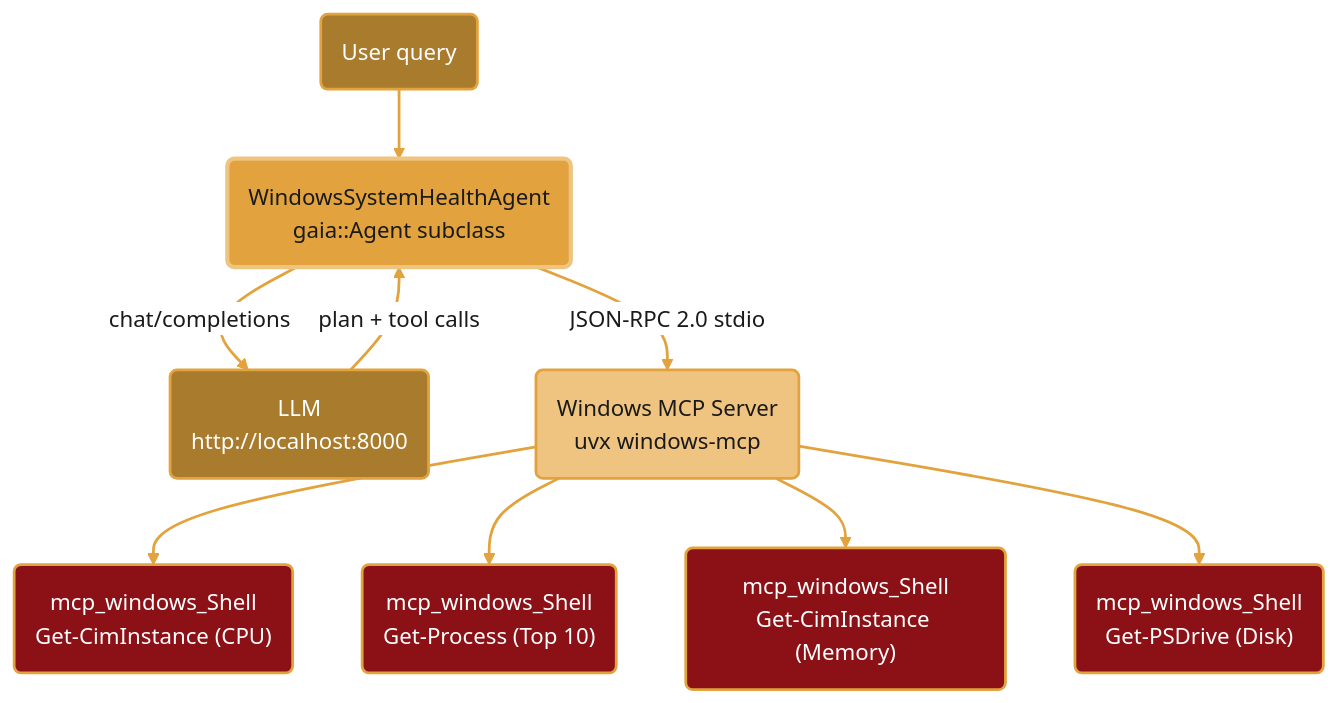
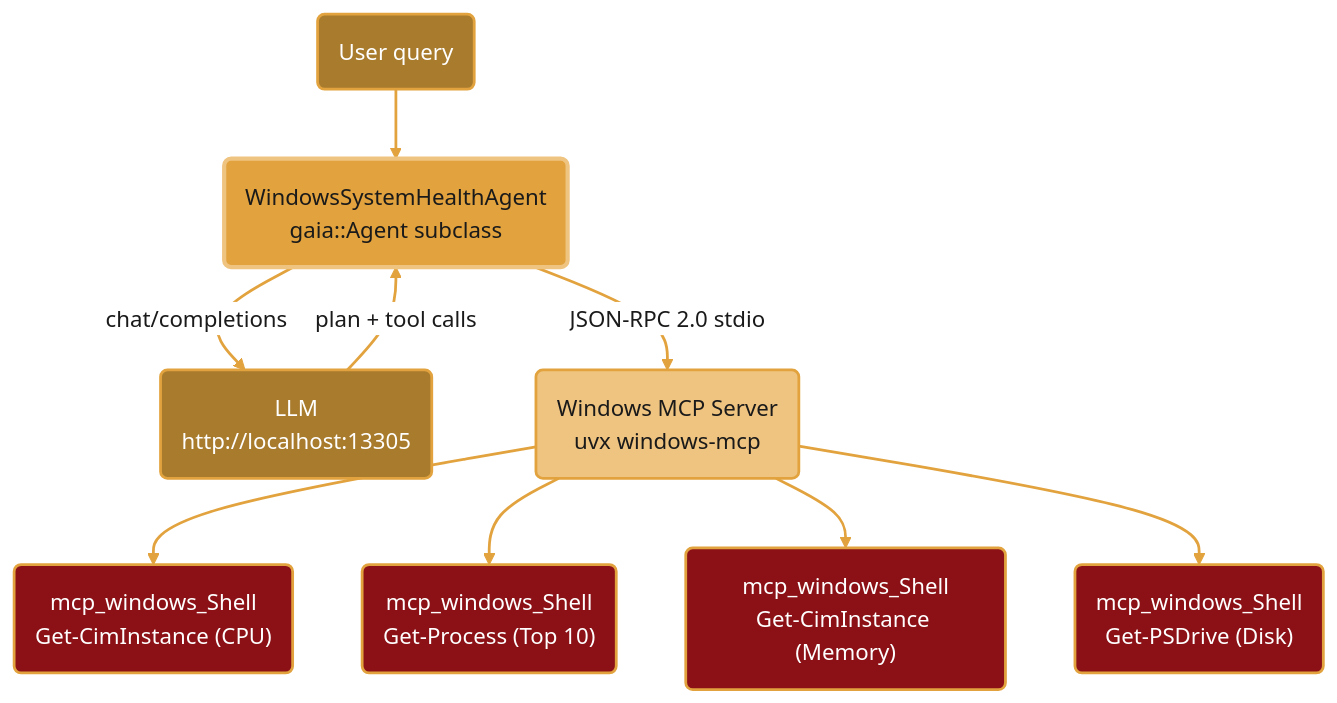
One commit to amd/gaia changed the diagram in docs/cpp/health-agent.mdx. Above: the diagram before and after it, drawn with Mermaid. The commit also changed 8 other files, not shown here.

````diff
--- a/docs/cpp/health-agent.mdx
+++ b/docs/cpp/health-agent.mdx
@@ -107,29 +107,29 @@
 ```mermaid
 %%{init: {'theme':'base', 'themeVariables': { 'primaryColor':'#E2A33E', 'primaryTextColor':'#1a1a1a', 'primaryBorderColor':'#A87B2D', 'lineColor':'#A87B2D', 'edgeLabelBackground':'#ffffff', 'fontFamily':'system-ui, -apple-system, sans-serif'}, 'flowchart': {'curve': 'basis'}}}%%
 graph TB
     User("User query")
     Agent("WindowsSystemHealthAgent<br/>gaia::Agent subclass")
-    LLM("LLM<br/>http://localhost:8000")
+    LLM("LLM<br/>http://localhost:13305")
     MCP("Windows MCP Server<br/>uvx windows-mcp")
 
     User --> Agent
     Agent -->|"chat/completions"| LLM
     LLM -->|"plan + tool calls"| Agent
     Agent -->|"JSON-RPC 2.0 stdio"| MCP
 
     MCP --> Shell1("mcp_windows_Shell<br/>Get-CimInstance (CPU)")
     MCP --> Shell2("mcp_windows_Shell<br/>Get-Process (Top 10)")
     MCP --> Shell3("mcp_windows_Shell<br/>Get-CimInstance (Memory)")
     MCP --> Shell4("mcp_windows_Shell<br/>Get-PSDrive (Disk)")
 
     style User fill:#A87B2D,stroke:#E2A33E,stroke-width:2px,color:#fff
     style Agent fill:#E2A33E,stroke:#EFC480,stroke-width:3px,color:#1a1a1a
     style LLM fill:#A87B2D,stroke:#E2A33E,stroke-width:2px,color:#fff
     style MCP fill:#EFC480,stroke:#E2A33E,stroke-width:2px,color:#1a1a1a
     style Shell1 fill:#8B1117,stroke:#E2A33E,stroke-width:2px,color:#fff
     style Shell2 fill:#8B1117,stroke:#E2A33E,stroke-width:2px,color:#fff
     style Shell3 fill:#8B1117,stroke:#E2A33E,stroke-width:2px,color:#fff
     style Shell4 fill:#8B1117,stroke:#E2A33E,stroke-width:2px,color:#fff
 
     linkStyle default stroke:#E2A33E,stroke-width:2px
 ```
````
